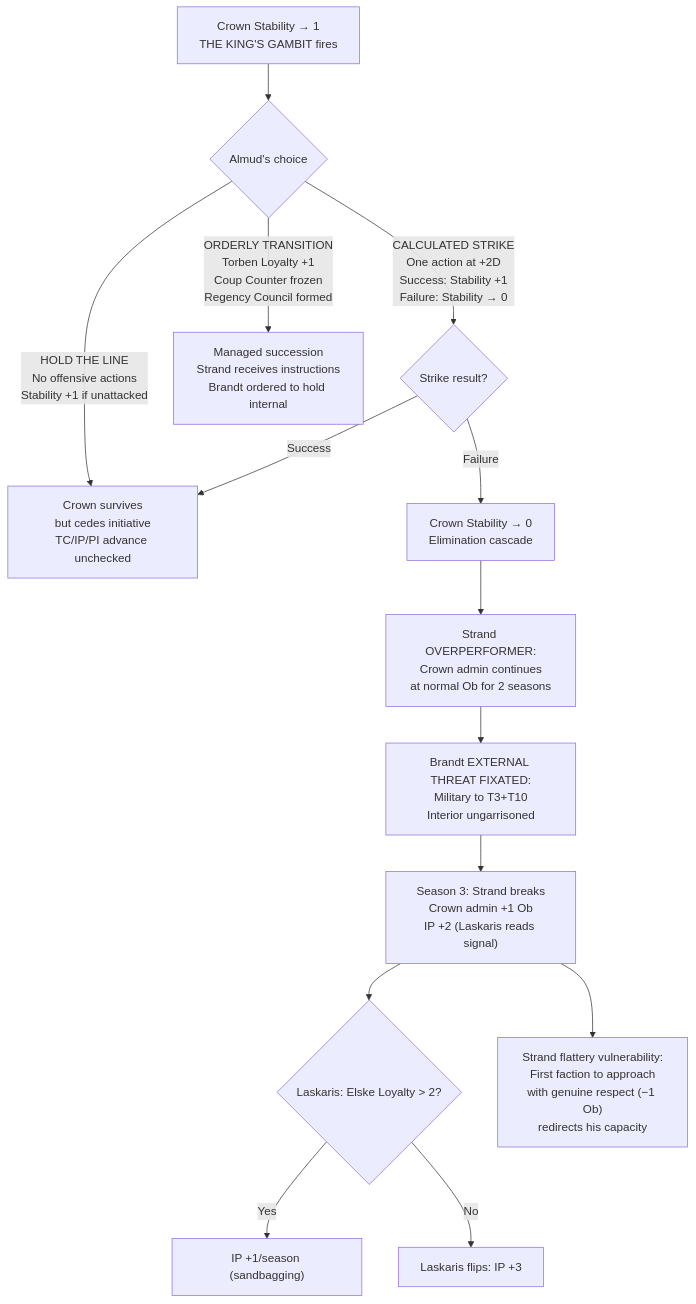
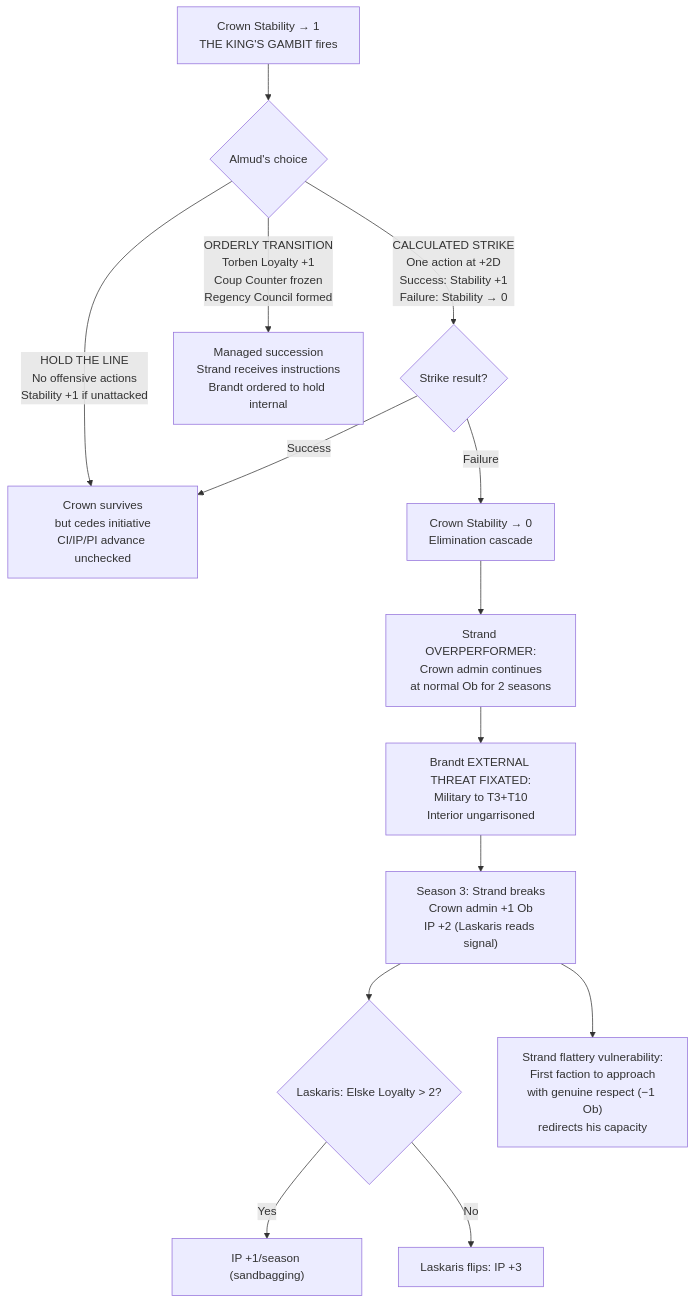
One commit to jordanelias/ttrpg changed the second of 5 diagrams in designs/arcs/gm_ref/arcs_10_18.md. Above: the diagram before and after it, drawn with Mermaid. The commit also changed other lines of this file and 19 other files, not shown here.

````diff
--- a/designs/arcs/gm_ref/arcs_10_18.md
+++ b/designs/arcs/gm_ref/arcs_10_18.md
@@ -127,16 +127,16 @@
 ```mermaid
 graph TD
     A["Crown Stability → 1<br>THE KING'S GAMBIT fires"] --> B{Almud's choice}
-    B -->|HOLD THE LINE<br>No offensive actions<br>Stability +1 if unattacked| C["Crown survives<br>but cedes initiative<br>TC/IP/PI advance unchecked"]
+    B -->|HOLD THE LINE<br>No offensive actions<br>Stability +1 if unattacked| C["Crown survives<br>but cedes initiative<br>CI/IP/PI advance unchecked"]
     B -->|CALCULATED STRIKE<br>One action at +2D<br>Success: Stability +1<br>Failure: Stability → 0| D{Strike result?}
     B -->|ORDERLY TRANSITION<br>Torben Loyalty +1<br>Coup Counter frozen<br>Regency Council formed| E["Managed succession<br>Strand receives instructions<br>Brandt ordered to hold internal"]
     D -->|Success| C
     D -->|Failure| F["Crown Stability → 0<br>Elimination cascade"]
     F --> G["Strand OVERPERFORMER:<br>Crown admin continues<br>at normal Ob for 2 seasons"]
     G --> H["Brandt EXTERNAL THREAT FIXATED:<br>Military to T3+T10<br>Interior ungarrisoned"]
     H --> I["Season 3: Strand breaks<br>Crown admin +1 Ob<br>IP +2 (Laskaris reads signal)"]
     I --> J{Laskaris: Elske Loyalty > 2?}
     J -->|Yes| K["IP +1/season (sandbagging)"]
     J -->|No| L["Laskaris flips: IP +3"]
     I --> M["Strand flattery vulnerability:<br>First faction to approach<br>with genuine respect (−1 Ob)<br>redirects his capacity"]
 ```
````
